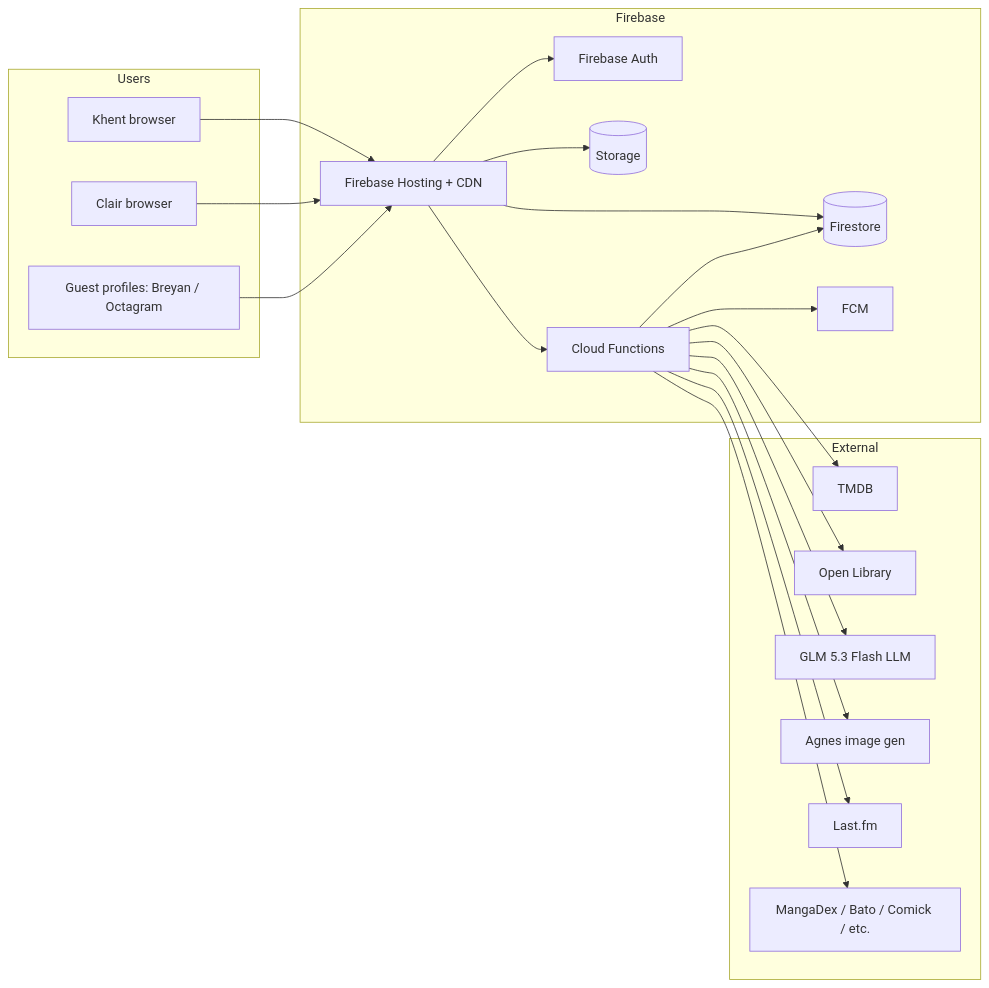
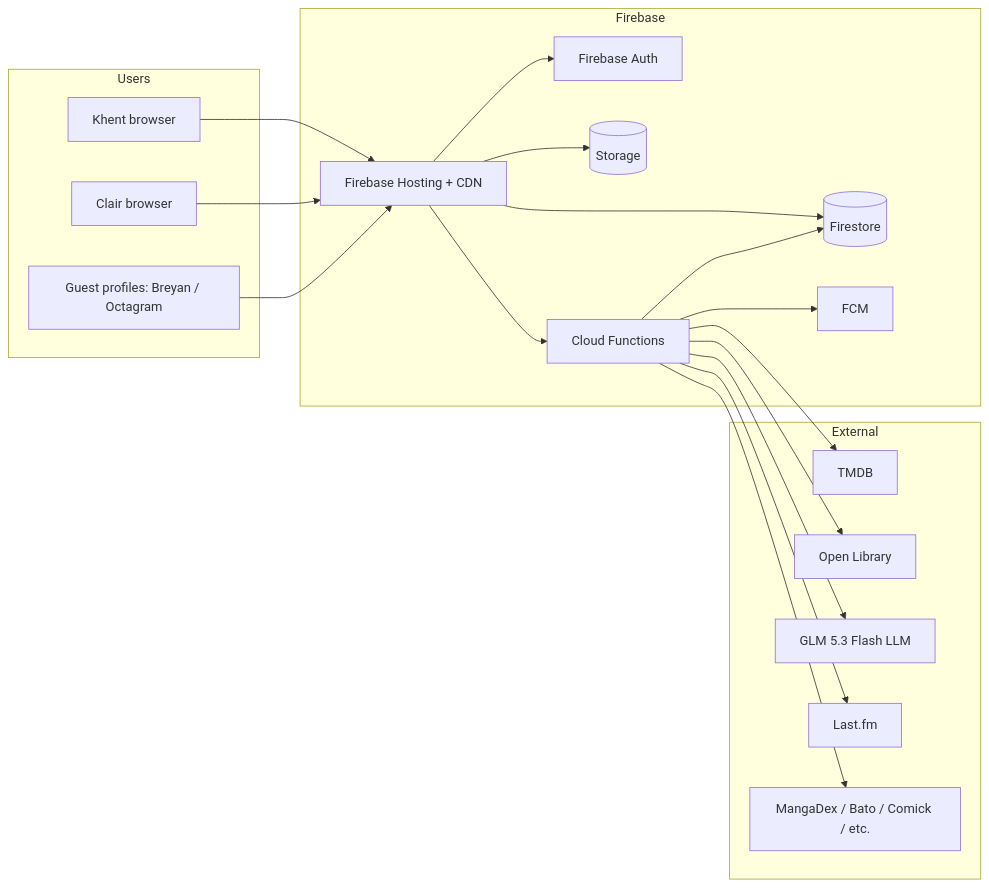
Before and after one commit to khentmoba/Everglow: the first of 7 diagrams in docs/ARCHITECTURE.md, drawn with Mermaid. The commit also changed other lines of this file and 13 other files, not shown here.

First line of the commit message:
chore(server): remove unused Agnes image endpoint

````diff
--- a/docs/ARCHITECTURE.md
+++ b/docs/ARCHITECTURE.md
@@ -32,42 +32,40 @@
 ```mermaid
 flowchart LR
   subgraph Users
     K[Khent browser]
     C[Clair browser]
     G[Guest profiles: Breyan / Octagram]
   end
 
   subgraph Firebase
     H[Firebase Hosting + CDN]
     A[Firebase Auth]
     F[(Firestore)]
     S[(Storage)]
     FN[Cloud Functions]
     M[FCM]
   end
 
   subgraph External
     TMDB[TMDB]
     OL[Open Library]
     GLM[GLM 5.3 Flash LLM]
-    AGNESIMG[Agnes image gen]
     LF[Last.fm]
     MD[MangaDex / Bato / Comick / etc.]
   end
 
   K --> H
   C --> H
   G --> H
   H --> A
   H --> F
   H --> S
   H --> FN
   FN --> F
   FN --> M
   FN --> TMDB
   FN --> OL
   FN --> GLM
-  FN --> AGNESIMG
   FN --> LF
   FN --> MD
 ```
````
